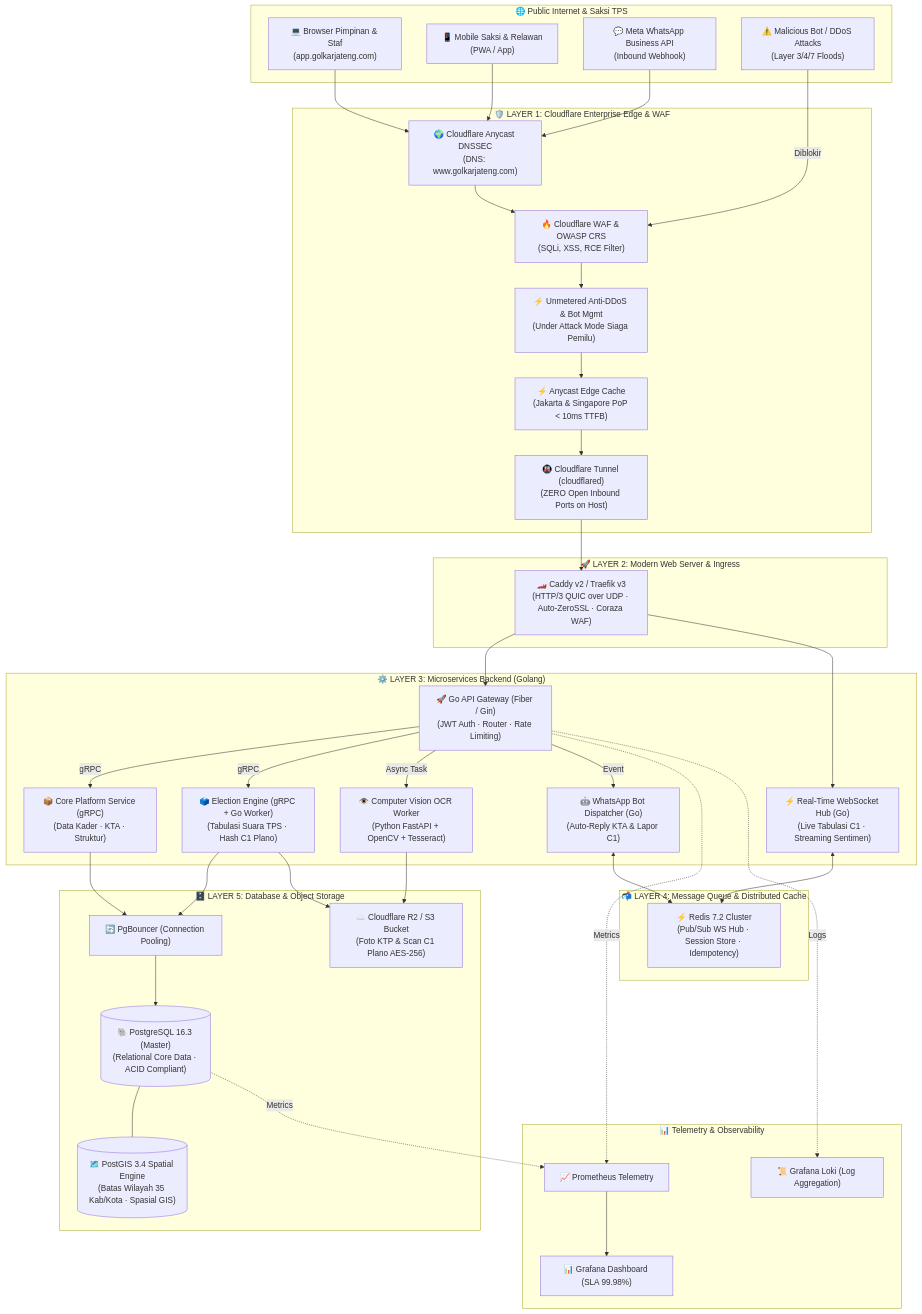
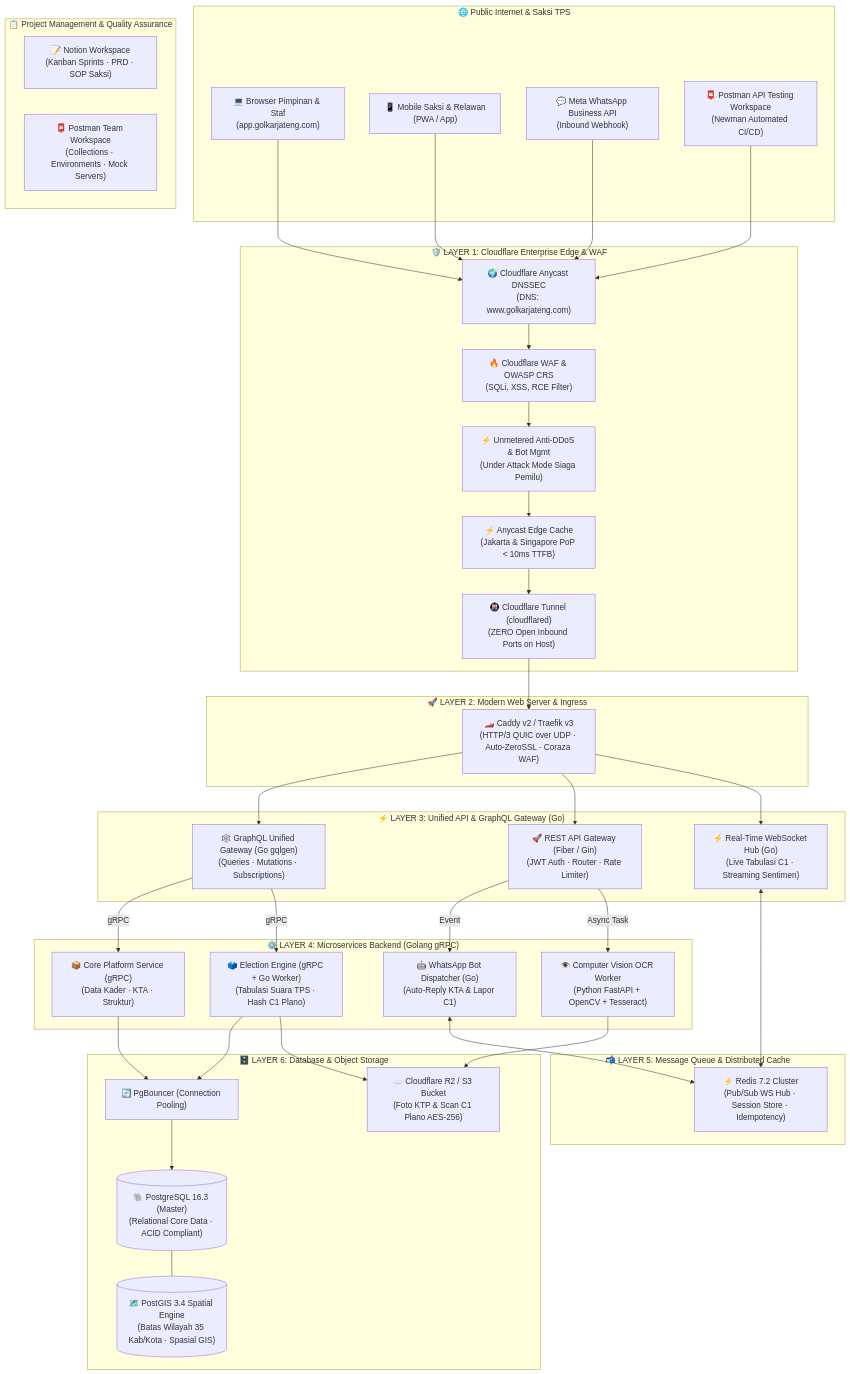
One commit to dimasoktavianprasetyo/golkarjateng changed the diagram in README.md. Above: the diagram before and after it, drawn with Mermaid. The commit also changed other lines of this file and 2 other files, not shown here.

Commit message:
docs & feat: add GraphQL architecture, Postman testing suites, and Notion project management specifications

````diff
--- a/README.md
+++ b/README.md
@@ -64,7 +72,7 @@
         USER_BROWSER["💻 Browser Pimpinan & Staf\n(app.golkarjateng.com)"]
         MOBILE_SAKSI["📱 Mobile Saksi & Relawan\n(PWA / App)"]
         META_WA["💬 Meta WhatsApp Business API\n(Inbound Webhook)"]
-        ATTACKERS["⚠️ Malicious Bot / DDoS Attacks\n(Layer 3/4/7 Floods)"]
+        DEV_TEST["📮 Postman API Testing Workspace\n(Newman Automated CI/CD)"]
     end
 
     subgraph CloudflareEdge ["🛡️ LAYER 1: Cloudflare Enterprise Edge & WAF"]
@@ -79,37 +87,40 @@
         CADDY_SERVER["🏎️ Caddy v2 / Traefik v3\n(HTTP/3 QUIC over UDP · Auto-ZeroSSL · Coraza WAF)"]
     end
 
-    subgraph BackendMesh ["⚙️ LAYER 3: Microservices Backend (Golang)"]
-        GO_GATEWAY["🚀 Go API Gateway (Fiber / Gin)\n(JWT Auth · Router · Rate Limiting)"]
+    subgraph ApiGatewayMesh ["⚡ LAYER 3: Unified API & GraphQL Gateway (Go)"]
+        GQL_GATEWAY["🕸️ GraphQL Unified Gateway (Go gqlgen)\n(Queries · Mutations · Subscriptions)"]
+        REST_GATEWAY["🚀 REST API Gateway (Fiber / Gin)\n(JWT Auth · Router · Rate Limiter)"]
         GO_WS_HUB["⚡ Real-Time WebSocket Hub (Go)\n(Live Tabulasi C1 · Streaming Sentimen)"]
+    end
+
+    subgraph BackendMesh ["⚙️ LAYER 4: Microservices Backend (Golang gRPC)"]
         GRPC_CORE["📦 Core Platform Service (gRPC)\n(Data Kader · KTA · Struktur)"]
         GRPC_TABULASI["🗳️ Election Engine (gRPC + Go Worker)\n(Tabulasi Suara TPS · Hash C1 Plano)"]
         GRPC_OCR["👁️ Computer Vision OCR Worker\n(Python FastAPI + OpenCV + Tesseract)"]
         GO_WA_BOT["🤖 WhatsApp Bot Dispatcher (Go)\n(Auto-Reply KTA & Lapor C1)"]
     end
 
-    subgraph CachingBroker ["📬 LAYER 4: Message Queue & Distributed Cache"]
+    subgraph CachingBroker ["📬 LAYER 5: Message Queue & Distributed Cache"]
         REDIS_CLUSTER["⚡ Redis 7.2 Cluster\n(Pub/Sub WS Hub · Session Store · Idempotency)"]
     end
 
-    subgraph StorageLayer ["🗄️ LAYER 5: Database & Object Storage"]
+    subgraph StorageLayer ["🗄️ LAYER 6: Database & Object Storage"]
         POSTGRES_DB[("🐘 PostgreSQL 16.3 (Master)\n(Relational Core Data · ACID Compliant)")]
         POSTGIS_EXT[("🗺️ PostGIS 3.4 Spatial Engine\n(Batas Wilayah 35 Kab/Kota · Spasial GIS)")]
         PGBOUNCER["🔄 PgBouncer (Connection Pooling)"]
         R2_S3["☁️ Cloudflare R2 / S3 Bucket\n(Foto KTP & Scan C1 Plano AES-256)"]
     end
 
-    subgraph Observability ["📊 Telemetry & Observability"]
-        PROMETHEUS["📈 Prometheus Telemetry"]
-        GRAFANA["📊 Grafana Dashboard (SLA 99.98%)"]
-        LOKI["📜 Grafana Loki (Log Aggregation)"]
+    subgraph ProjectManagement ["📋 Project Management & Quality Assurance"]
+        NOTION_PM["📝 Notion Workspace\n(Kanban Sprints · PRD · SOP Saksi)"]
+        POSTMAN_HUB["📮 Postman Team Workspace\n(Collections · Environments · Mock Servers)"]
     end
 
     %% Flows
     USER_BROWSER --> CF_DNS
     MOBILE_SAKSI --> CF_DNS
     META_WA --> CF_DNS
-    ATTACKERS -- Diblokir --> CF_WAF
+    DEV_TEST --> CF_DNS
 
     CF_DNS --> CF_WAF
     CF_WAF --> CF_DDOS
@@ -117,13 +128,14 @@
     CF_CDN --> CF_TUNNEL
 
     CF_TUNNEL --> CADDY_SERVER
-    CADDY_SERVER --> GO_GATEWAY
+    CADDY_SERVER --> GQL_GATEWAY
+    CADDY_SERVER --> REST_GATEWAY
     CADDY_SERVER --> GO_WS_HUB
 
-    GO_GATEWAY -- gRPC --> GRPC_CORE
-    GO_GATEWAY -- gRPC --> GRPC_TABULASI
-    GO_GATEWAY -- Async Task --> GRPC_OCR
-    GO_GATEWAY -- Event --> GO_WA_BOT
+    GQL_GATEWAY -- gRPC --> GRPC_CORE
+    GQL_GATEWAY -- gRPC --> GRPC_TABULASI
+    REST_GATEWAY -- Event --> GO_WA_BOT
+    REST_GATEWAY -- Async Task --> GRPC_OCR
 
     GO_WS_HUB <--> REDIS_CLUSTER
     GO_WA_BOT <--> REDIS_CLUSTER
@@ -135,9 +147,4 @@
 
     GRPC_OCR --> R2_S3
     GRPC_TABULASI --> R2_S3
-
-    GO_GATEWAY -. Metrics .-> PROMETHEUS
-    POSTGRES_DB -. Metrics .-> PROMETHEUS
-    PROMETHEUS --> GRAFANA
-    GO_GATEWAY -. Logs .-> LOKI
 ```
````
